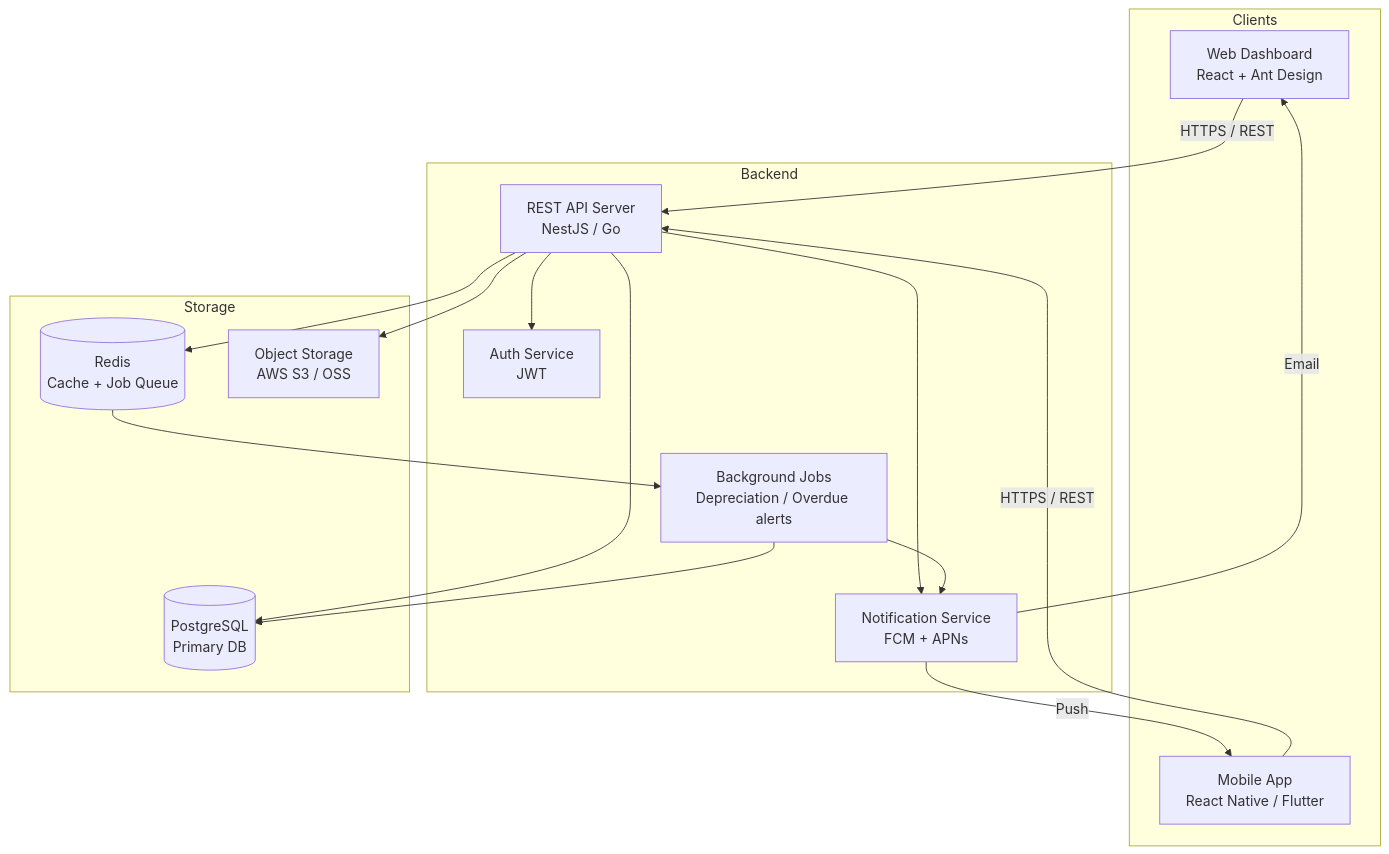
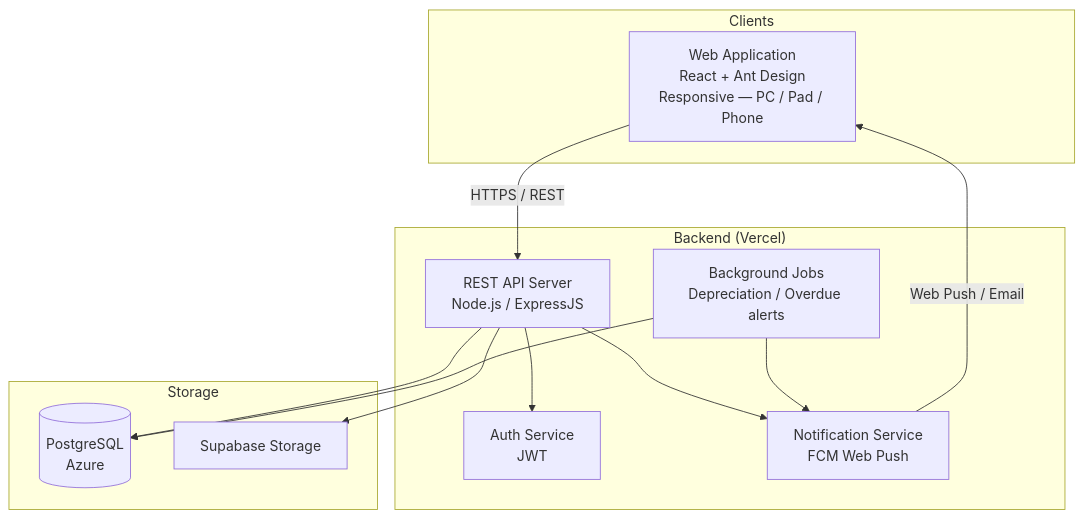
Before and after one commit to Hansenyao/sportstock: the first of 7 diagrams in docs/system-design.md, drawn with Mermaid. The commit also changed other lines of this file and 4 other files, not shown here.

````diff
--- a/docs/system-design.md
+++ b/docs/system-design.md
@@ -22,34 +21,28 @@
 ```mermaid
 graph TB
     subgraph Clients
-        WEB[Web Dashboard<br/>React + Ant Design]
-        APP[Mobile App<br/>React Native / Flutter]
+        WEB[Web Application<br/>React + Ant Design<br/>Responsive — PC / Pad / Phone]
     end
 
-    subgraph Backend
-        API[REST API Server<br/>NestJS / Go]
+    subgraph Backend["Backend (Vercel)"]
+        API[REST API Server<br/>Node.js / ExpressJS]
         AUTH[Auth Service<br/>JWT]
-        NOTIF[Notification Service<br/>FCM + APNs]
+        NOTIF[Notification Service<br/>FCM Web Push]
         JOBS[Background Jobs<br/>Depreciation / Overdue alerts]
     end
 
     subgraph Storage
-        DB[(PostgreSQL<br/>Primary DB)]
-        CACHE[(Redis<br/>Cache + Job Queue)]
-        FILES[Object Storage<br/>AWS S3 / OSS]
+        DB[(PostgreSQL<br/>Azure)]
+        FILES[Supabase Storage]
     end
 
     WEB -->|HTTPS / REST| API
-    APP -->|HTTPS / REST| API
     API --> AUTH
     API --> DB
-    API --> CACHE
     API --> FILES
     API --> NOTIF
-    CACHE --> JOBS
     JOBS --> DB
     JOBS --> NOTIF
 
-    NOTIF -->|Push| APP
-    NOTIF -->|Email| WEB
+    NOTIF -->|Web Push / Email| WEB
 ```
````
